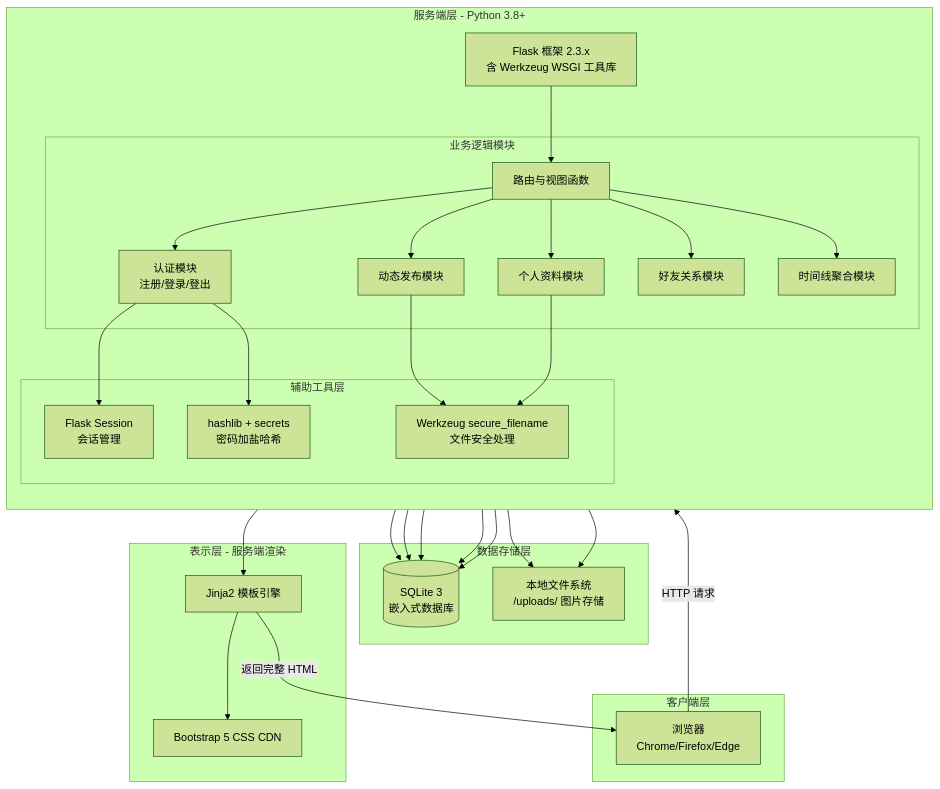
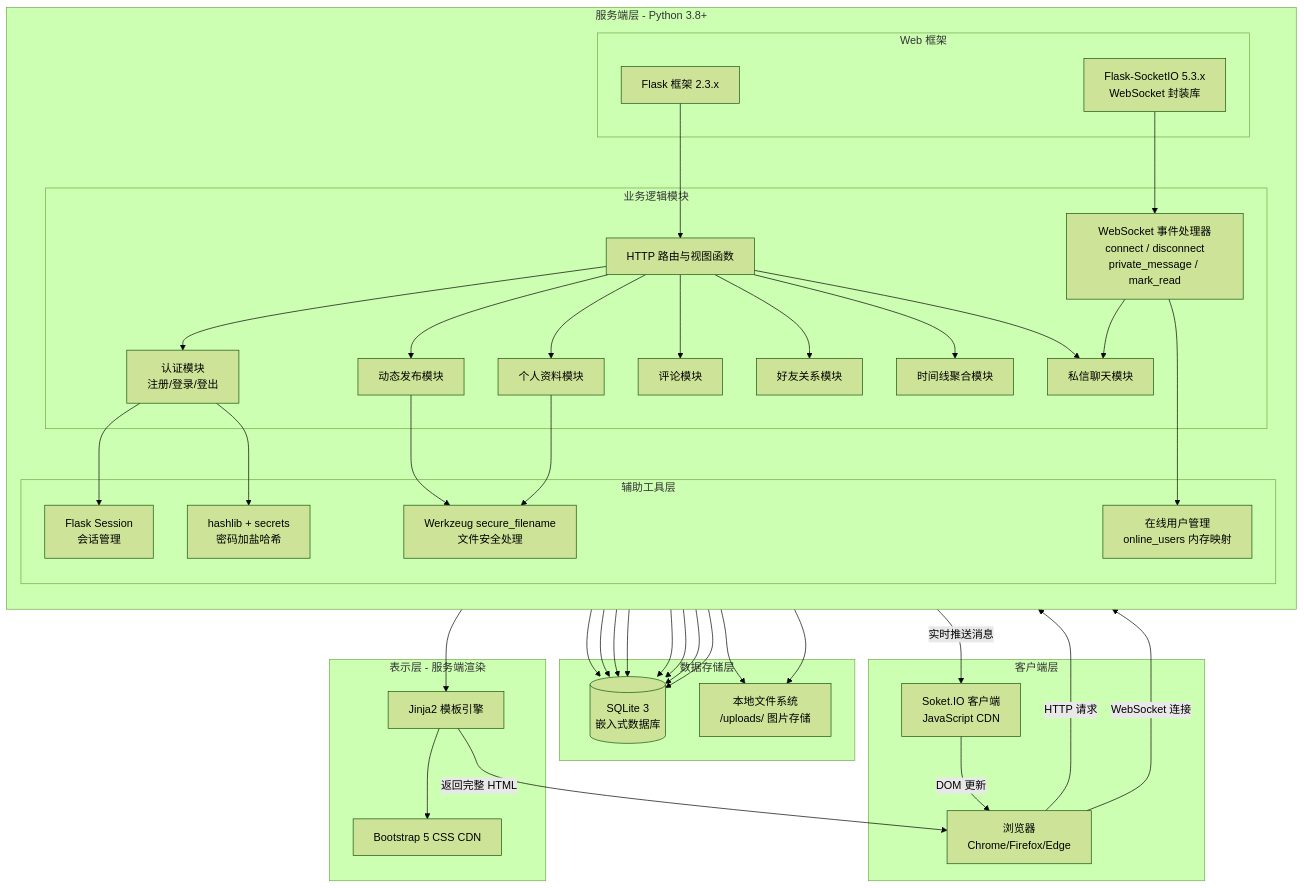
The diagram in docs/开发工作栈.md (Hpaaon/WhuTalk), drawn with Mermaid (forest theme) before and after one commit. The commit also changed other lines of this file and 3 other files, not shown here.

````diff
--- a/docs/开发工作栈.md
+++ b/docs/开发工作栈.md
@@ -7,47 +7,66 @@
 ```mermaid
 flowchart TB
     subgraph Client[客户端层]
         Browser[浏览器<br>Chrome/Firefox/Edge]
+        SocketIO_JS[Soket.IO 客户端<br>JavaScript CDN]
     end
 
     subgraph Server[服务端层 - Python 3.8+]
         direction TB
-        Flask[Flask 框架 2.3.x<br>含 Werkzeug WSGI 工具库]
+        
+        subgraph WebFramework[Web 框架]
+            Flask[Flask 框架 2.3.x]
+            SocketIO[Flask-SocketIO 5.3.x<br>WebSocket 封装库]
+        end
         
         subgraph BL[业务逻辑模块]
-            Router[路由与视图函数]
+            Router[HTTP 路由与视图函数]
+            WSEvents[WebSocket 事件处理器<br>connect / disconnect<br>private_message / mark_read]
             Auth[认证模块<br>注册/登录/登出]
             Profile[个人资料模块]
             Post[动态发布模块]
+            Comment[评论模块]
             Friend[好友关系模块]
             Timeline[时间线聚合模块]
+            Chat[私信聊天模块]
         end
         
         subgraph Helper[辅助工具层]
             Session[Flask Session<br>会话管理]
             Hash[hashlib + secrets<br>密码加盐哈希]
             FileUtil[Werkzeug secure_filename<br>文件安全处理]
+            OnlineMgr[在线用户管理<br>online_users 内存映射]
         end
     end
 
     subgraph Storage[数据存储层]
         DB[(SQLite 3<br>嵌入式数据库)]
         FS[本地文件系统<br>/uploads/ 图片存储]
     end
 
     subgraph View[表示层 - 服务端渲染]
         Template[Jinja2 模板引擎]
         CSS[Bootstrap 5 CSS CDN]
     end
 
+    %% HTTP 请求链路
     Browser -->|HTTP 请求| Flask
     Flask --> Router
-    Router --> Auth & Profile & Post & Friend & Timeline
+    Router --> Auth & Profile & Post & Comment & Friend & Timeline & Chat
     Auth --> Session & Hash
     Post & Profile --> FileUtil
     Post & Profile --> FS
-    Auth & Profile & Post & Friend & Timeline --> DB
+    Auth & Profile & Post & Comment & Friend & Timeline & Chat --> DB
     Router --> Template
     Template --> CSS
     Template -->|返回完整 HTML| Browser
+
+    %% WebSocket 实时通信链路
+    Browser -->|WebSocket 连接| SocketIO
+    SocketIO --> WSEvents
+    WSEvents --> OnlineMgr
+    WSEvents --> Chat
+    Chat --> DB
+    SocketIO -->|实时推送消息| SocketIO_JS
+    SocketIO_JS -->|DOM 更新| Browser
 ```
````
